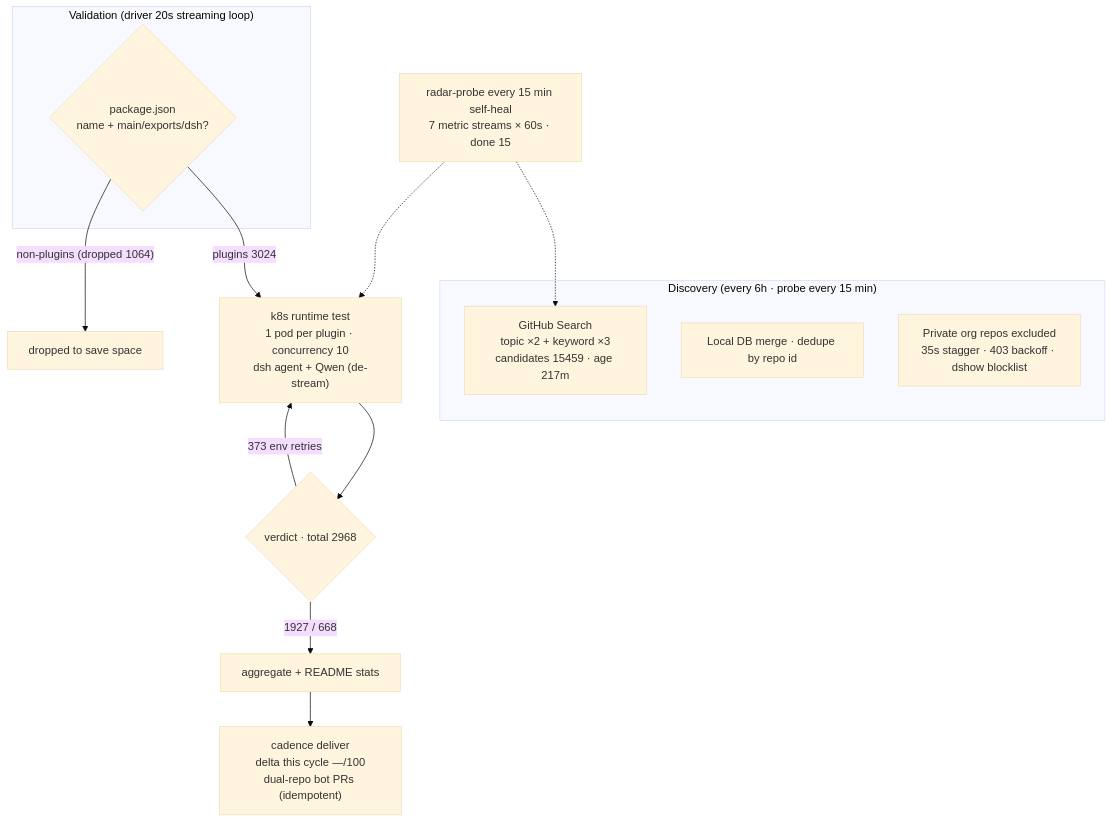
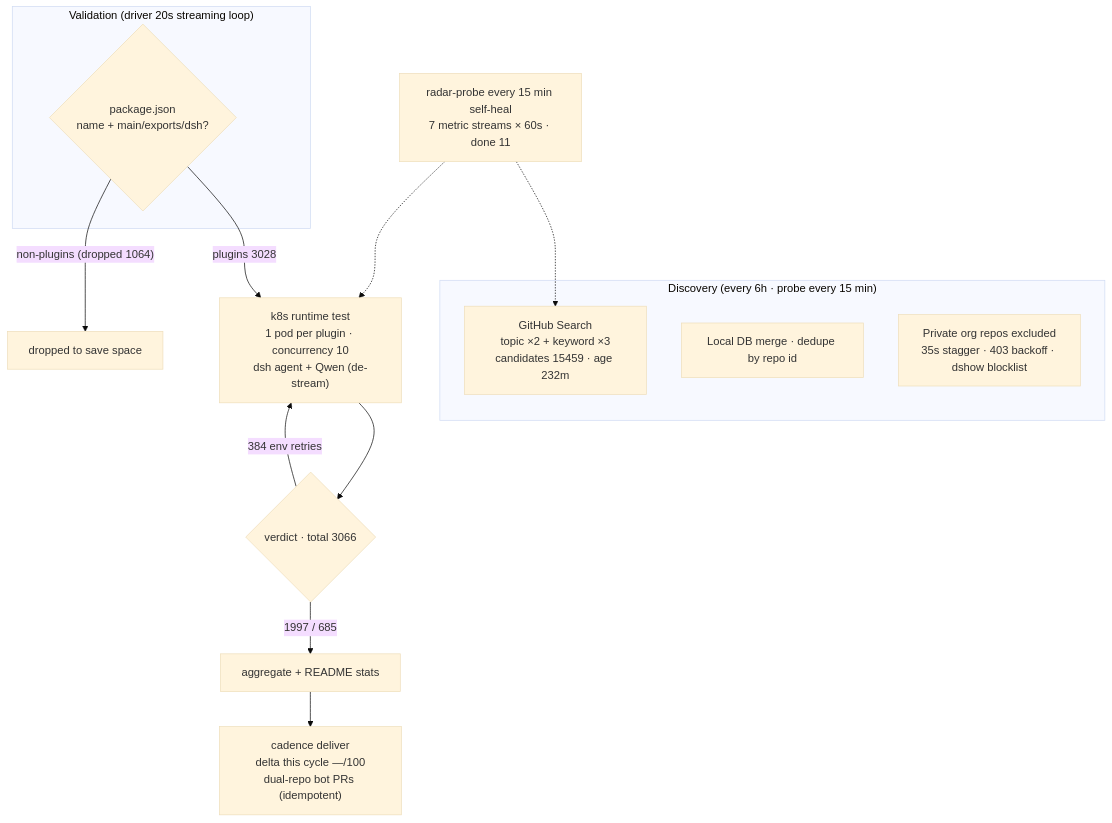
Before and after one commit to AdamPlatin123/awesome-dsh-plugins: the diagram in README.en-US.md, drawn with Mermaid (base theme). The commit also changed other lines of this file and 5 other files, not shown here.

````diff
--- a/README.en-US.md
+++ b/README.en-US.md
@@ -30,20 +30,20 @@
 ```mermaid
 flowchart TB
     subgraph Discovery["Discovery (every 6h · probe every 15 min)"]
-        A1["GitHub Search<br/>topic ×2 + keyword ×3<br/>candidates 15459 · age 217m"]
+        A1["GitHub Search<br/>topic ×2 + keyword ×3<br/>candidates 15459 · age 232m"]
         A2["Local DB merge · dedupe by repo id"]
         A3["Private org repos excluded<br/>35s stagger · 403 backoff · dshow blocklist"]
     end
     subgraph Validation["Validation (driver 20s streaming loop)"]
         B1{"package.json<br/>name + main/exports/dsh?"}
     end
-    B1 -->|"plugins 3024"| C1["k8s runtime test<br/>1 pod per plugin · concurrency 10<br/>dsh agent + Qwen (de-stream)"]
+    B1 -->|"plugins 3028"| C1["k8s runtime test<br/>1 pod per plugin · concurrency 10<br/>dsh agent + Qwen (de-stream)"]
     B1 -->|"non-plugins (dropped 1064)"| B3["dropped to save space"]
-    C1 --> D1{"verdict · total 2968"}
-    D1 -->|"1927 / 668"| E1["aggregate + README stats"]
-    D1 -->|"373 env retries"| C1
+    C1 --> D1{"verdict · total 3066"}
+    D1 -->|"1997 / 685"| E1["aggregate + README stats"]
+    D1 -->|"384 env retries"| C1
     E1 --> E2["cadence deliver<br/>delta this cycle —/100<br/>dual-repo bot PRs (idempotent)"]
-    M["radar-probe every 15 min self-heal<br/>7 metric streams × 60s · done 15"]
+    M["radar-probe every 15 min self-heal<br/>7 metric streams × 60s · done 11"]
     M -.-> A1
     M -.-> C1
 ```
````
